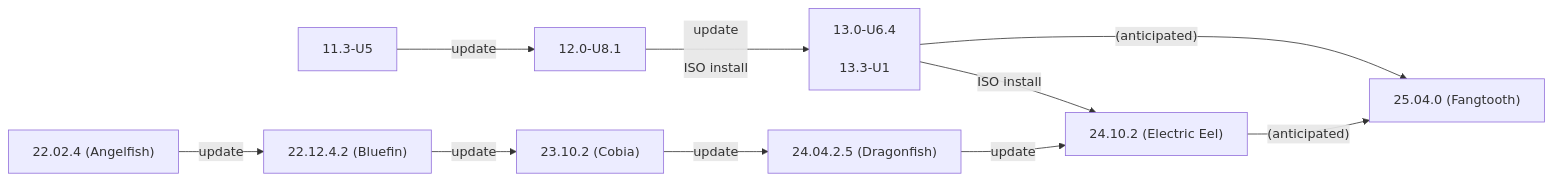
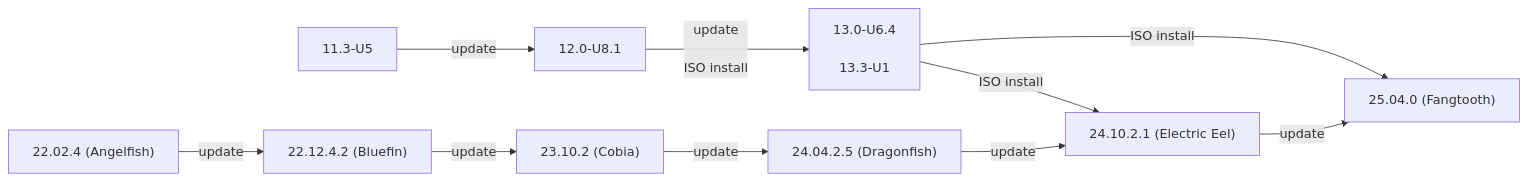
One commit to truenas/documentation changed the first of 2 diagrams in static/includes/SCALEUpgradePaths.md. Above: the diagram before and after it, drawn with Mermaid. The commit also changed other lines of this file, not shown here.

```diff
--- a/static/includes/SCALEUpgradePaths.md
+++ b/static/includes/SCALEUpgradePaths.md
@@ -67,13 +67,13 @@
           {{< mermaid class="mermaid_sizing" >}}
           flowchart LR
             A["11.3-U5"] -->|update| B["12.0-U8.1"]
             B -->|"update<br><br>ISO install"| C["13.0-U6.4<br><br>13.3-U1"]
             C -->|ISO install| H
-            C -->|"(anticipated)"| I
+            C -->|ISO install| I
             D["22.02.4 (Angelfish)"] -->|update| E
             E["22.12.4.2 (Bluefin)"] -->|update| F
             F["23.10.2 (Cobia)"] -->|update| G
             G["24.04.2.5 (Dragonfish)"] -->|update| H
-            H["24.10.2 (Electric Eel)"] -->|"(anticipated)"| I
+            H["24.10.2.1 (Electric Eel)"] -->|update| I
             I["25.04.0 (Fangtooth)"]
           {{< /mermaid >}}
```
